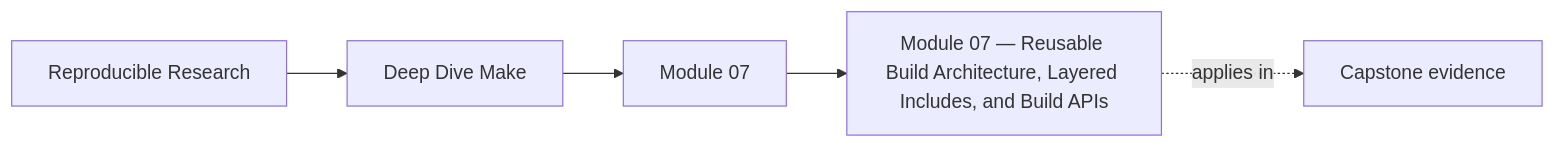
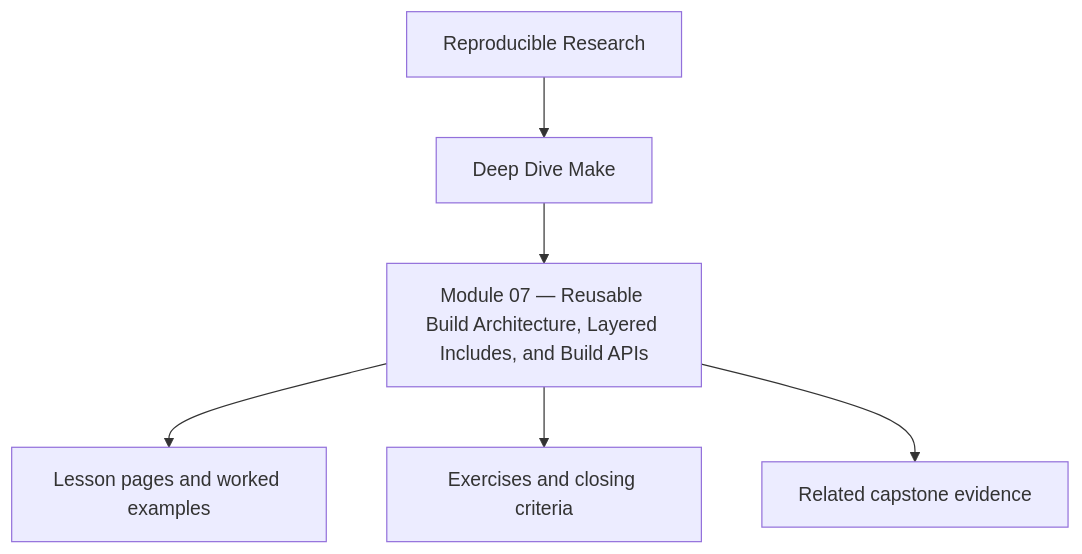
The first of 2 diagrams in programs/reproducible-research/deep-dive-make/course-book/module-07-reusable-build-architecture-and-build-apis/index.md (bijux/bijux-masterclass), drawn with Mermaid before and after one commit. The commit also changed other lines of this file and 10 other files, not shown here.

Commit message:
docs(deep-dive-make): reposition module overview diagrams

````diff
--- a/programs/reproducible-research/deep-dive-make/course-book/module-07-reusable-build-architecture-and-build-apis/index.md
+++ b/programs/reproducible-research/deep-dive-make/course-book/module-07-reusable-build-architecture-and-build-apis/index.md
@@ -9,11 +9,8 @@
 ```mermaid
-graph LR
-  family["Reproducible Research"]
-  program["Deep Dive Make"]
-  section["Module 07"]
-  page["Module 07 — Reusable Build Architecture, Layered Includes, and Build APIs"]
-  capstone["Capstone evidence"]
-
-  family --> program --> section --> page
-  page -.applies in.-> capstone
+flowchart TD
+  family["Reproducible Research"] --> program["Deep Dive Make"]
+  program --> module["Module 07 — Reusable Build Architecture, Layered Includes, and Build APIs"]
+  module --> lessons["Lesson pages and worked examples"]
+  module --> checkpoints["Exercises and closing criteria"]
+  module --> capstone["Related capstone evidence"]
 ```
````
